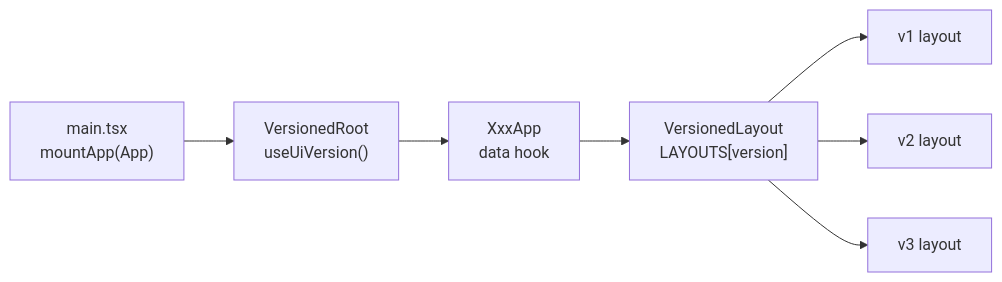
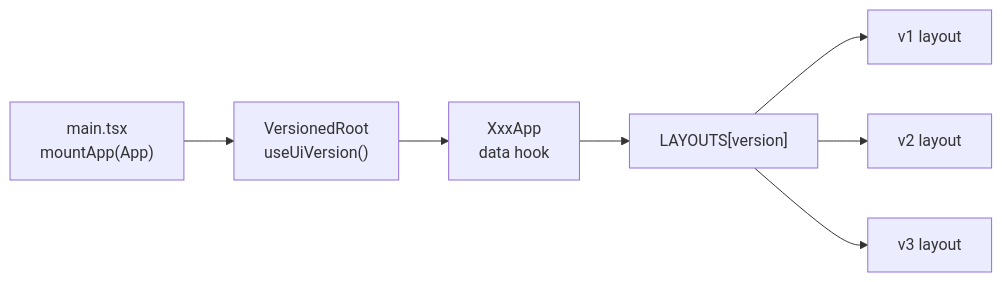
The third of 3 diagrams in server-in-test/README.md (immer-b/self-healing-e2e-tests), drawn with Mermaid before and after one commit. The commit also changed other lines of this file and 18 other files, not shown here.

First line of the commit message:
Refactor: named CRUD handlers, drop VersionedLayout, shared page-object actions

````diff
--- a/server-in-test/README.md
+++ b/server-in-test/README.md
@@ -85,8 +85,8 @@
 ```mermaid
 flowchart LR
   main["main.tsx<br/>mountApp(App)"] --> Root["VersionedRoot<br/>useUiVersion()"] --> App["XxxApp<br/>data hook"]
-  App --> VL["VersionedLayout<br/>LAYOUTS[version]"]
+  App --> VL["LAYOUTS[version]"]
   VL --> V1["v1 layout"]
   VL --> V2["v2 layout"]
   VL --> V3["v3 layout"]
 ```
````
